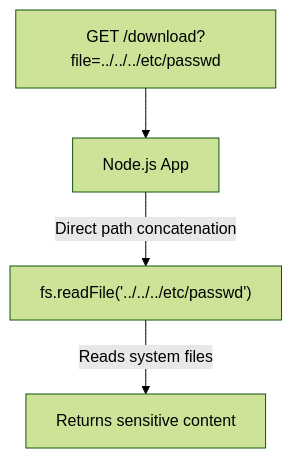
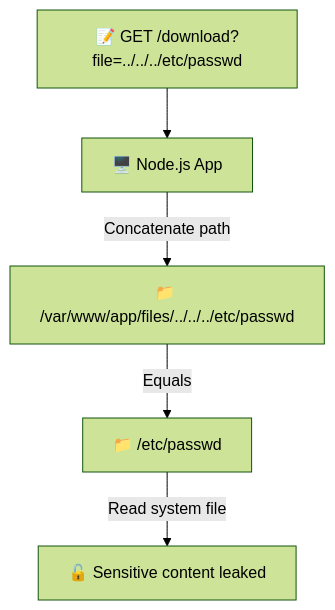
One commit to zhangshichuan/maxzhang.site changed the ninth of 14 diagrams in articles/en/nodejs-security-guide.mdx. Above: the diagram before and after it, drawn with Mermaid (forest theme). The commit also changed other lines of this file and 1 other file, not shown here.

````diff
--- a/articles/en/nodejs-security-guide.mdx
+++ b/articles/en/nodejs-security-guide.mdx
@@ -258,6 +922,7 @@
 ```mermaid
 flowchart TD
-    Request["GET /download?file=../../../etc/passwd"] --> App["Node.js App"]
-    App -->|"Direct path concatenation"| FS["fs.readFile('../../../etc/passwd')"]
-    FS -->|"Reads system files"| Return["Returns sensitive content"]
+    Request["📝 GET /download?file=../../../etc/passwd"] --> App["🖥️ Node.js App"]
+    App -->|"Concatenate path"| Path["📁 /var/www/app/files/../../../etc/passwd"]
+    Path -->|"Equals"| Final["📁 /etc/passwd"]
+    Final -->|"Read system file"| Content["🔓 Sensitive content leaked"]
 ```
````
